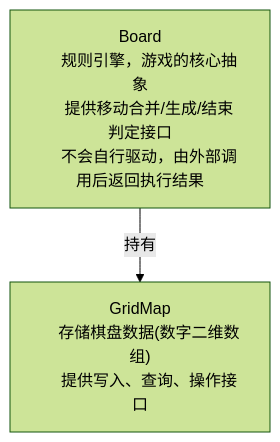
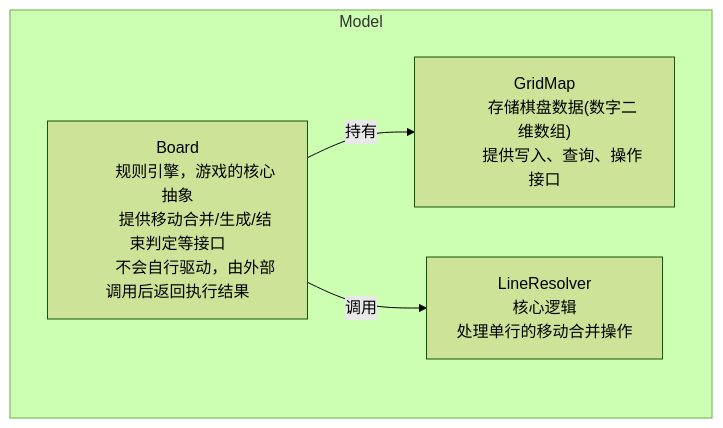
Before and after one commit to 1944348723/2048: the fifth of 5 diagrams in Assets/Notes.md, drawn with Mermaid (forest theme). The commit also changed 55 other files, not shown here.

````diff
--- a/Assets/Notes.md
+++ b/Assets/Notes.md
@@ -64,13 +64,20 @@
 ```mermaid
 graph
-    GridMap["GridMap
-    存储棋盘数据(数字二维数组)
-    提供写入、查询、操作接口"]
+    subgraph Model
+        GridMap["GridMap
+        存储棋盘数据(数字二维数组)
+        提供写入、查询、操作接口"]
 
-    Board["Board
-    规则引擎，游戏的核心抽象
-    提供移动合并/生成/结束判定接口
-    不会自行驱动，由外部调用后返回执行结果"]
+        Board["Board
+        规则引擎，游戏的核心抽象
+        提供移动合并/生成/结束判定等接口
+        不会自行驱动，由外部调用后返回执行结果"]
 
-    Board --持有--> GridMap
+        LineResolver["LineResolver
+        核心逻辑
+        处理单行的移动合并操作"]
+
+        Board --持有--> GridMap
+        Board --调用--> LineResolver
+    end
 ```
````
